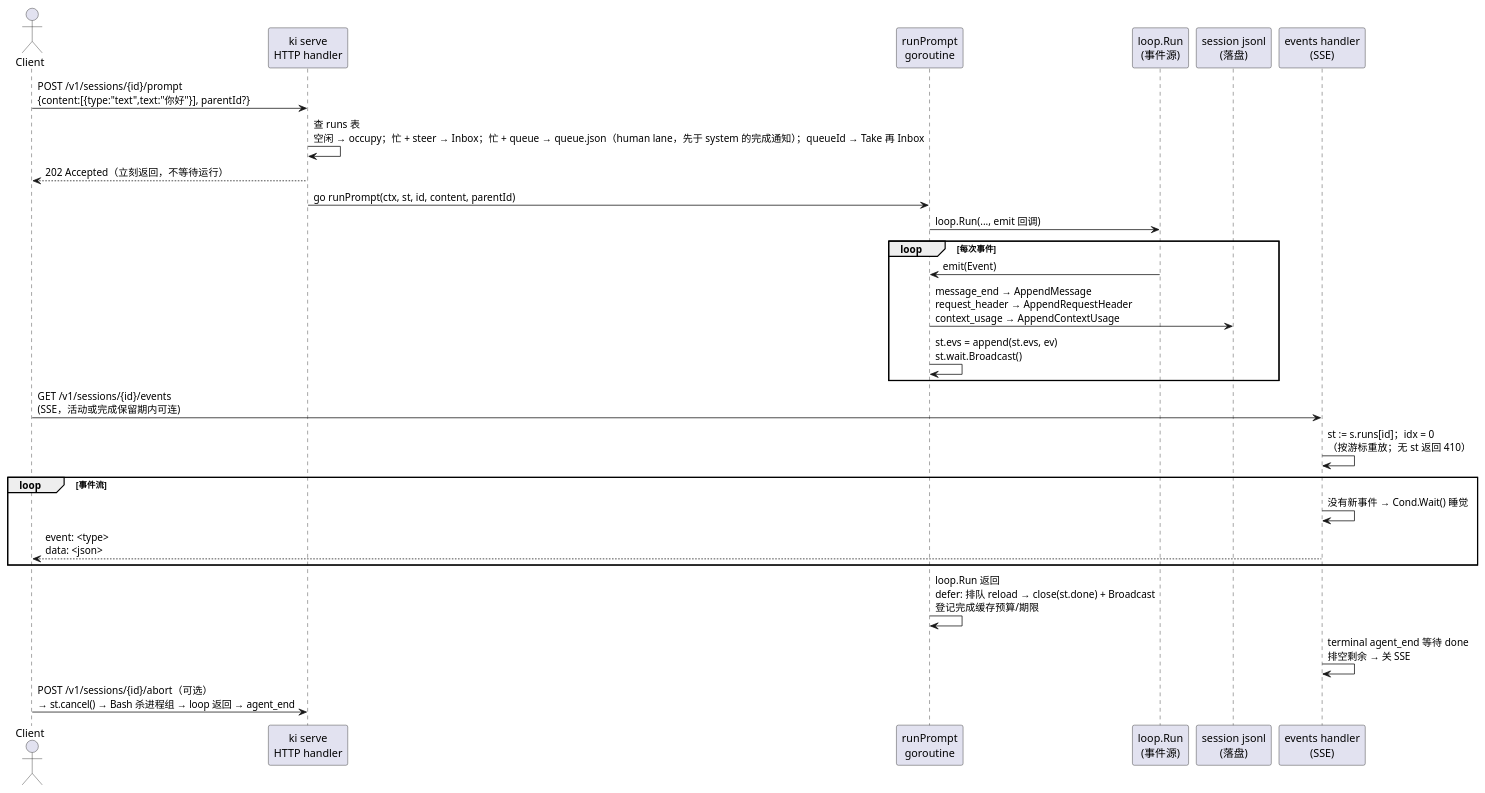
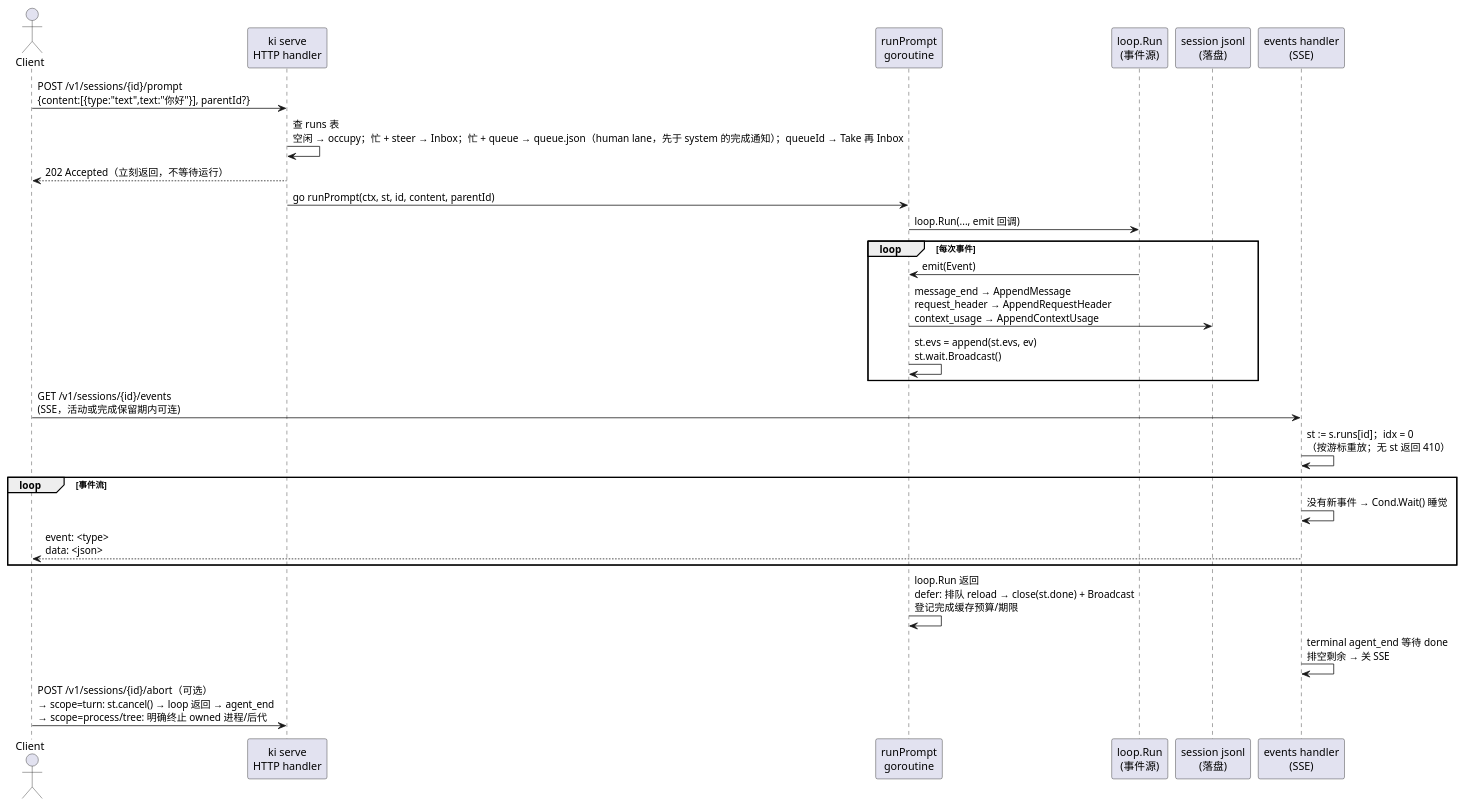
The first of 2 diagrams in docs/architecture.md (skyw8/ki), drawn with PlantUML before and after one commit. The commit also changed other lines of this file and 141 other files, not shown here.

````diff
--- a/docs/architecture.md
+++ b/docs/architecture.md
@@ -120,34 +120,34 @@
 ```plantuml
 @startuml
 actor Client as C
 participant "ki serve\nHTTP handler" as S
 participant "runPrompt\ngoroutine" as R
 participant "loop.Run\n(事件源)" as L
 participant "session jsonl\n(落盘)" as F
 participant "events handler\n(SSE)" as E
 
 C -> S : POST /v1/sessions/{id}/prompt\n{content:[{type:"text",text:"你好"}], parentId?}
 S -> S : 查 runs 表\n空闲 → occupy；忙 + steer → Inbox；忙 + queue → queue.json（human lane，先于 system 的完成通知）；queueId → Take 再 Inbox
 S --> C : 202 Accepted（立刻返回，不等待运行）
 S -> R : go runPrompt(ctx, st, id, content, parentId)
 
 R -> L : loop.Run(..., emit 回调)
 loop 每次事件
   L -> R : emit(Event)
   R -> F : message_end → AppendMessage\nrequest_header → AppendRequestHeader\ncontext_usage → AppendContextUsage
   R -> R : st.evs = append(st.evs, ev)\nst.wait.Broadcast()
 end
 
 C -> E : GET /v1/sessions/{id}/events\n(SSE，活动或完成保留期内可连)
 E -> E : st := s.runs[id]；idx = 0\n（按游标重放；无 st 返回 410）
 loop 事件流
   E -> E : 没有新事件 → Cond.Wait() 睡觉
   E --> C : event: <type>\ndata: <json>
 end
 
 R -> R : loop.Run 返回\ndefer: 排队 reload → close(st.done) + Broadcast\n登记完成缓存预算/期限
 E -> E : terminal agent_end 等待 done\n排空剩余 → 关 SSE
 
-C -> S : POST /v1/sessions/{id}/abort（可选）\n→ st.cancel() → Bash 杀进程组 → loop 返回 → agent_end
+C -> S : POST /v1/sessions/{id}/abort（可选）\n→ scope=turn: st.cancel() → loop 返回 → agent_end\n→ scope=process/tree: 明确终止 owned 进程/后代
 @enduml
 ```
````
